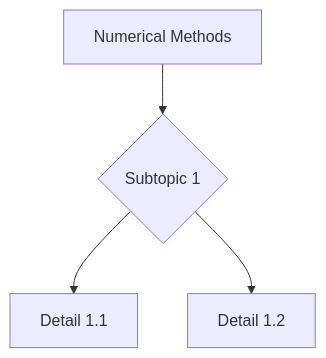
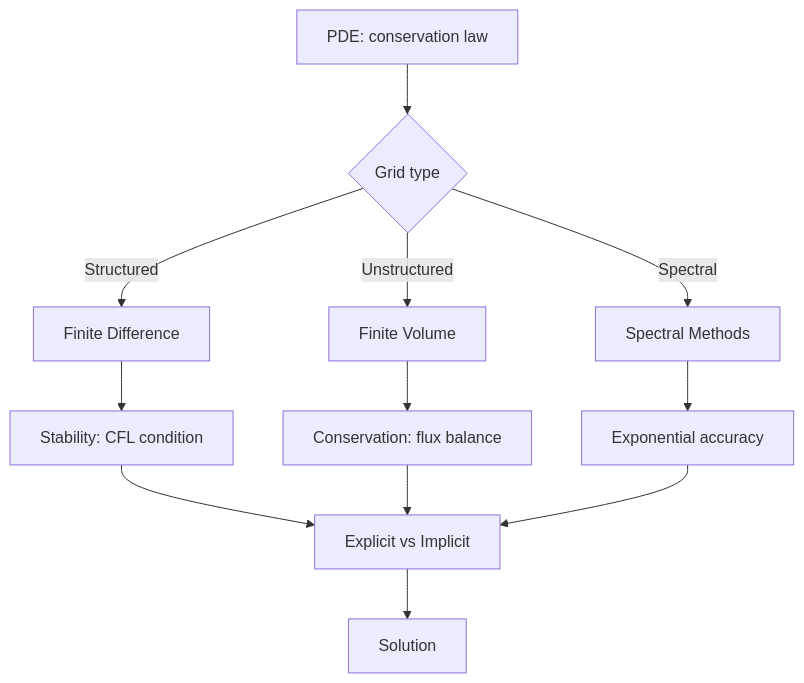
One commit to yip-lgtm/PhysicsSelfStudy changed the first of 6 diagrams in 02_MSc_DataDriven_Modeling/core_courses/MSDM_5004_Numerical_Methods/README.md. Above: the diagram before and after it, drawn with Mermaid. The commit also changed other lines of this file and 17 other files, not shown here.

````diff
--- a/02_MSc_DataDriven_Modeling/core_courses/MSDM_5004_Numerical_Methods/README.md
+++ b/02_MSc_DataDriven_Modeling/core_courses/MSDM_5004_Numerical_Methods/README.md
@@ -259,6 +103,14 @@
 ```mermaid
 graph TD
-    A[Numerical Methods] --> B{Subtopic 1}
-    B --> C[Detail 1.1]
-    B --> D[Detail 1.2]
+    A[PDE: conservation law] --> B{Grid type}
+    B -->|Structured| C[Finite Difference]
+    B -->|Unstructured| D[Finite Volume]
+    B -->|Spectral| E[Spectral Methods]
+    C --> F[Stability: CFL condition]
+    D --> G[Conservation: flux balance]
+    E --> H[Exponential accuracy]
+    F --> I[Explicit vs Implicit]
+    G --> I
+    H --> I
+    I --> J[Solution]
 ```
````
